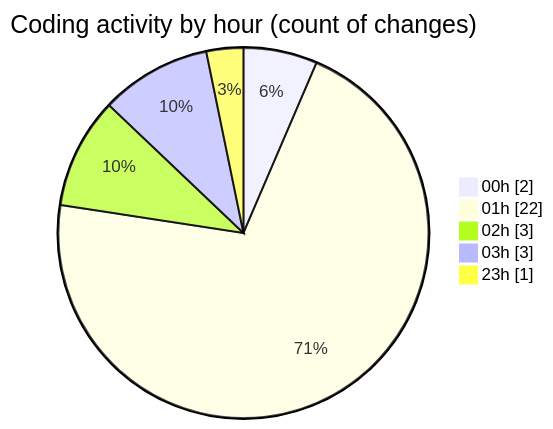
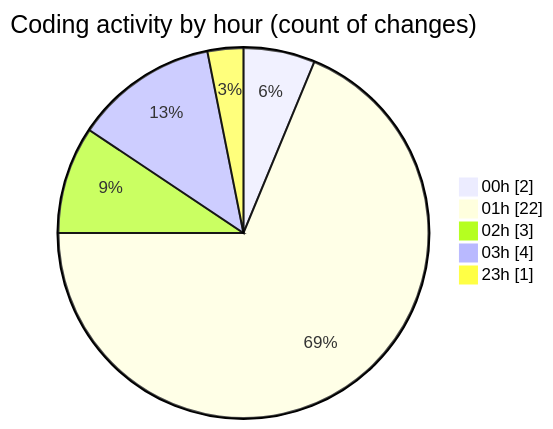
One commit to lephambinh05/code-tracking changed the second of 2 diagrams in 2025-07-19/nhahang/README.md. Above: the diagram before and after it, drawn with Mermaid. The commit also changed other lines of this file and 1 other file, not shown here.

````diff
--- a/2025-07-19/nhahang/README.md
+++ b/2025-07-19/nhahang/README.md
@@ -41,9 +42,9 @@
 ```mermaid
 pie showData
 title Coding activity by hour (count of changes)
 "00h" : 2
 "01h" : 22
 "02h" : 3
-"03h" : 3
+"03h" : 4
 "23h" : 1
 ```
````
